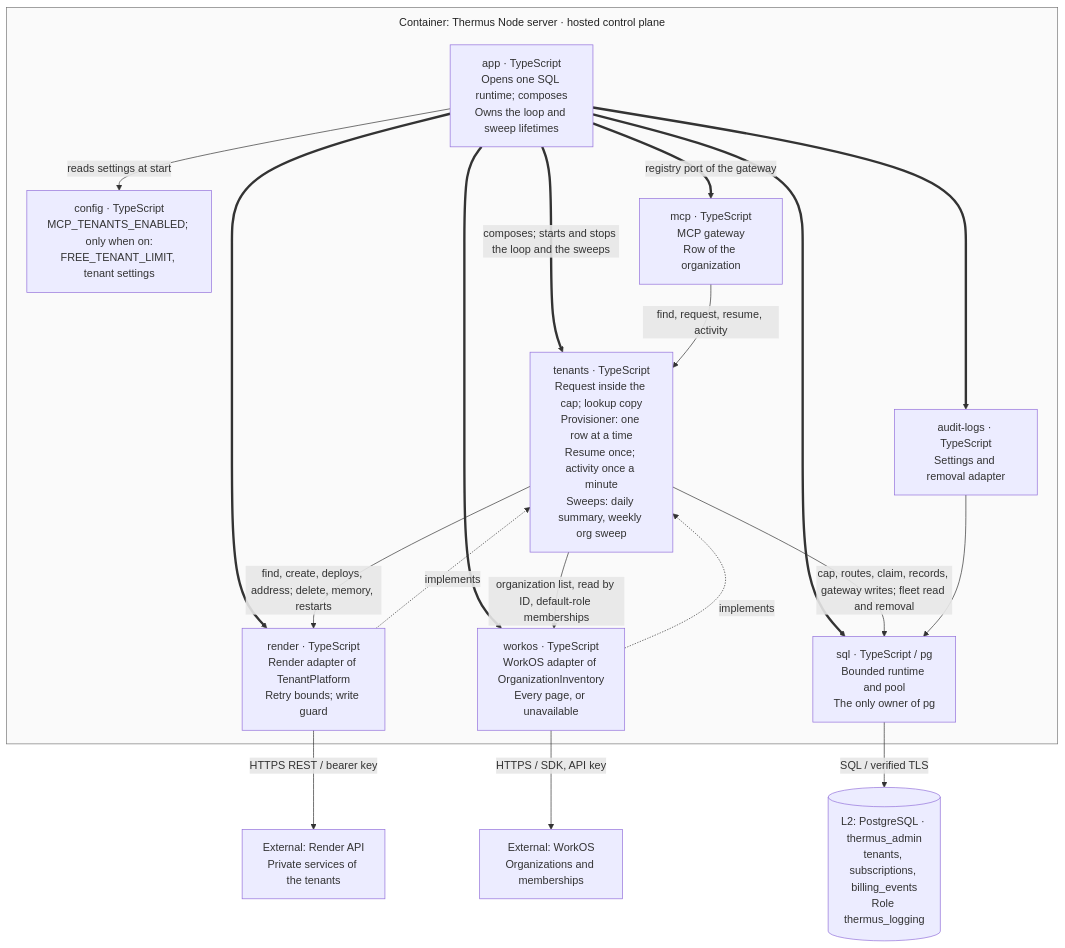
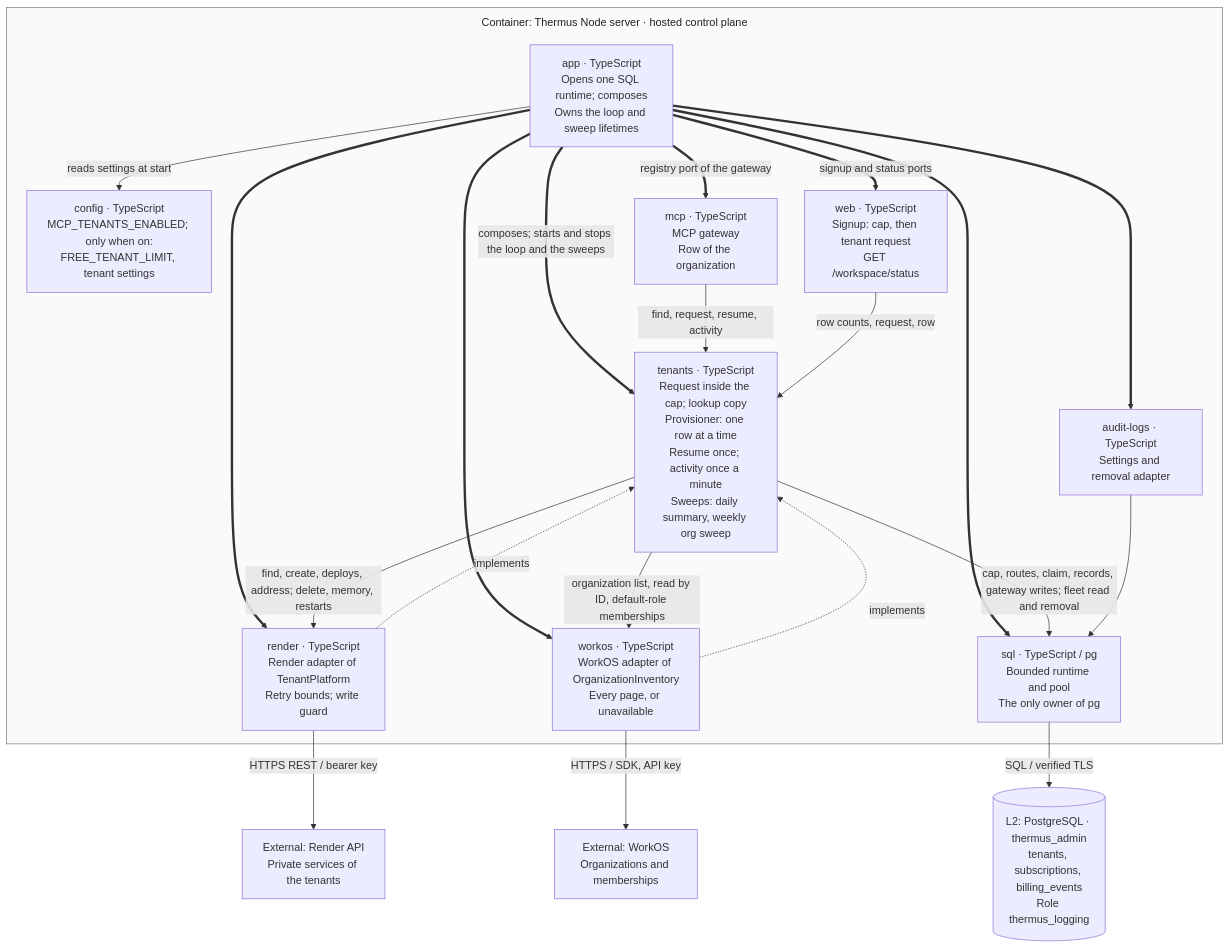
Before and after one commit to tomer-mayara/Thermus: the ninth of 22 diagrams in architecture/components.md, drawn with Mermaid. The commit also changed other lines of this file and 44 other files, not shown here.

First line of the commit message:
Request the tenant after signup and show the workspace setup state in the portal (SO-07) (#293)

````diff
--- a/architecture/components.md
+++ b/architecture/components.md
@@ -581,35 +588,38 @@
 ```mermaid
 %%{init: {"flowchart": {"wrappingWidth": 150, "nodeSpacing": 40, "rankSpacing": 40, "subGraphTitleMargin": {"top": 10, "bottom": 25}}}}%%
 flowchart TB
   subgraph tenancy_server["Container: Thermus Node server · hosted control plane"]
     tenancy_config["config · TypeScript<br/>MCP_TENANTS_ENABLED; only when on:<br/>FREE_TENANT_LIMIT, tenant settings"]
     tenancy_app["app · TypeScript<br/>Opens one SQL runtime; composes<br/>Owns the loop and sweep lifetimes"]
+    tenancy_web["web · TypeScript<br/>Signup: cap, then tenant request<br/>GET /workspace/status"]
     tenancy_mcp["mcp · TypeScript<br/>MCP gateway<br/>Row of the organization"]
     tenancy_tenants["tenants · TypeScript<br/>Request inside the cap; lookup copy<br/>Provisioner: one row at a time<br/>Resume once; activity once a minute<br/>Sweeps: daily summary, weekly org sweep"]
     tenancy_render["render · TypeScript<br/>Render adapter of TenantPlatform<br/>Retry bounds; write guard"]
     tenancy_workos["workos · TypeScript<br/>WorkOS adapter of OrganizationInventory<br/>Every page, or unavailable"]
     tenancy_audit["audit-logs · TypeScript<br/>Settings and removal adapter"]
     tenancy_sql["sql · TypeScript / pg<br/>Bounded runtime and pool<br/>The only owner of pg"]
     tenancy_app -->|reads settings at start| tenancy_config
     tenancy_app ==>|composes; starts and stops the loop and the sweeps| tenancy_tenants
     tenancy_app ==>|registry port of the gateway| tenancy_mcp
+    tenancy_app ==>|signup and status ports| tenancy_web
     tenancy_app ==> tenancy_render
     tenancy_app ==> tenancy_workos
     tenancy_app ==> tenancy_audit
     tenancy_app ==> tenancy_sql
     tenancy_mcp -->|find, request, resume, activity| tenancy_tenants
+    tenancy_web -->|row counts, request, row| tenancy_tenants
     tenancy_tenants -->|find, create, deploys, address; delete, memory, restarts| tenancy_render
     tenancy_render -.->|implements| tenancy_tenants
     tenancy_tenants -->|organization list, read by ID, default-role memberships| tenancy_workos
     tenancy_workos -.->|implements| tenancy_tenants
     tenancy_tenants -->|cap, routes, claim, records, gateway writes; fleet read and removal| tenancy_sql
     tenancy_audit --> tenancy_sql
   end
   tenancy_db[("L2: PostgreSQL · thermus_admin<br/>tenants, subscriptions, billing_events<br/>Role thermus_logging")]
   tenancy_api["External: Render API<br/>Private services of the tenants"]
   tenancy_workos_api["External: WorkOS<br/>Organizations and memberships"]
   tenancy_sql -->|SQL / verified TLS| tenancy_db
   tenancy_render -->|HTTPS REST / bearer key| tenancy_api
   tenancy_workos -->|HTTPS / SDK, API key| tenancy_workos_api
   style tenancy_server fill:#fafafa,stroke:#777777,color:#222222
 ```
````
